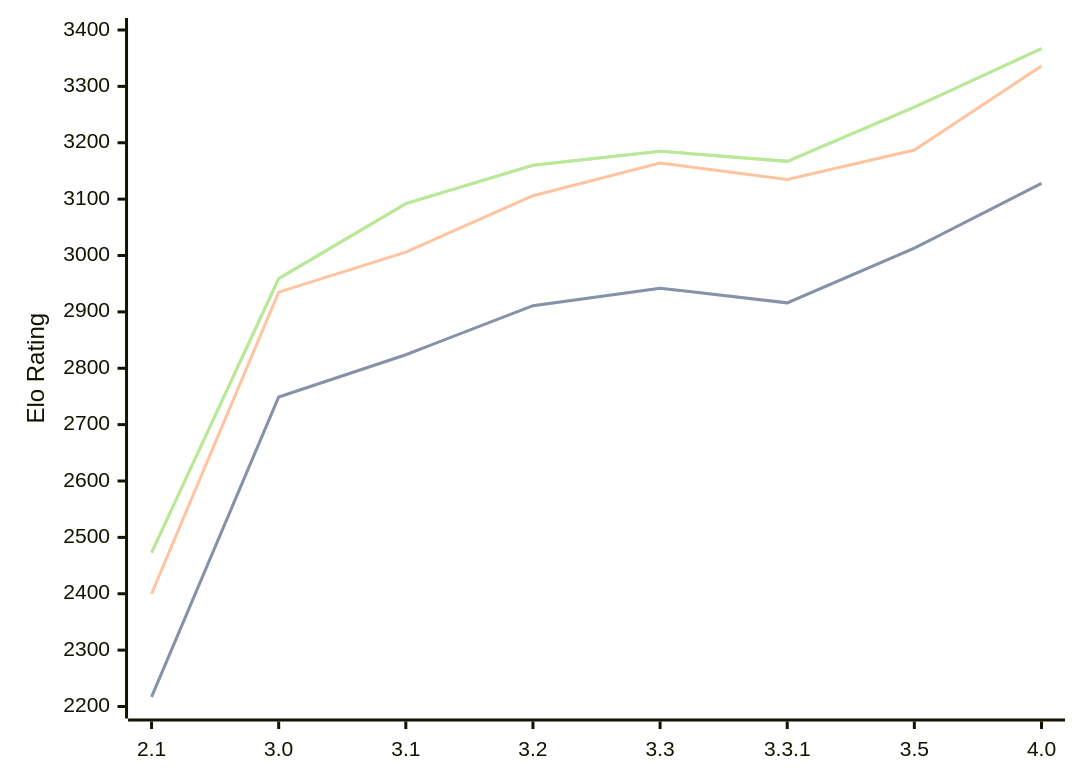
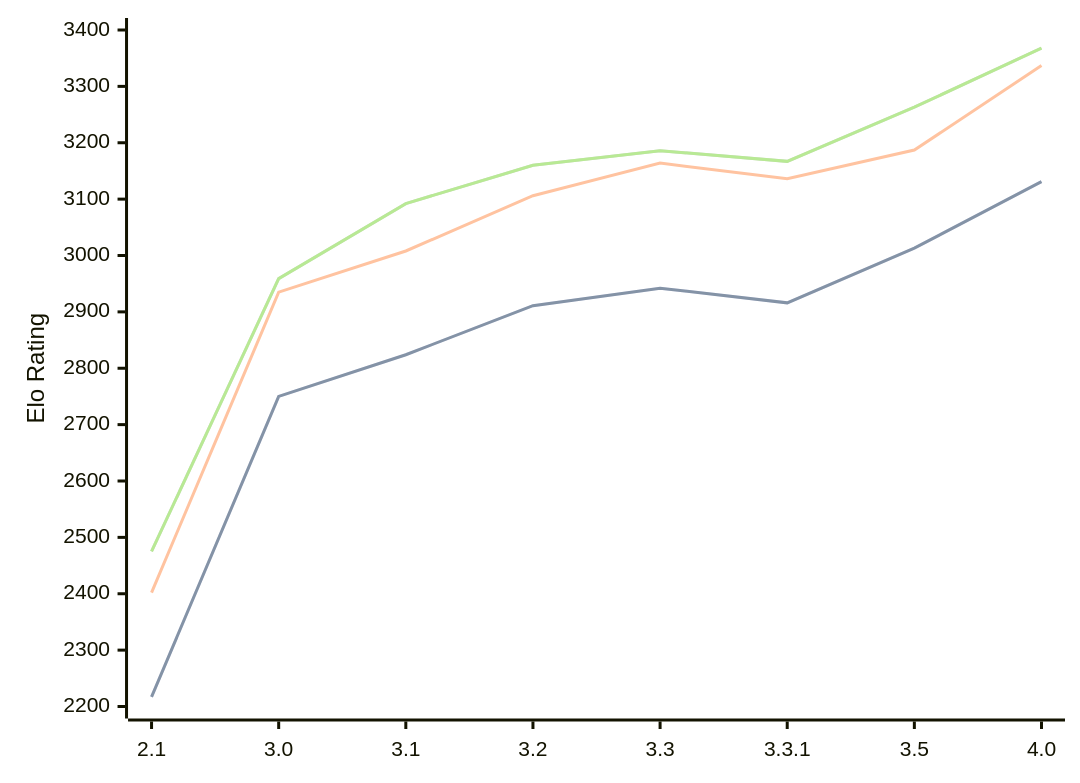
The diagram in engines/Petrel.md (computer-chess-index/cci), drawn with Mermaid before and after one commit. The commit also changed other lines of this file, not shown here.

Commit message:
Update CCI Ratings (ELO VLTC) - 2026-08-20

````diff
--- a/engines/Petrel.md
+++ b/engines/Petrel.md
@@ -38,11 +38,11 @@
 ```mermaid
 %%{init: {"theme":"base","themeVariables":{"seriesColors:['#a3a3a3','#222221','#faa371']}}}%%
 xychart-beta
   x-axis ["2.1", "3.0", "3.1", "3.2", "3.3", "3.3.1", "3.5", "4.0"]
   y-axis "Elo Rating" 2200 --> 3400
-  line "STC (8.0+0.08s)" [2217, 2749, 2824, 2911, 2942, 2916, 3013, 3128]
-  line "STC (8.0+0.08s)" [2217, 2749, 2824, 2911, 2942, 2916, 3013, 3128]
-  line "LTC (60.0+0.60s)" [2400, 2935, 3006, 3106, 3164, 3135, 3187, 3336]
-  line "VLTC (2m24s+1.12s)" [2473, 2959, 3092, 3160, 3185, 3167, 3263, 3367]
-  line "VLTC (2m24s+1.12s)" [2473, 2959, 3092, 3160, 3185, 3167, 3263, 3367]
+  line "STC (8.0+0.08s)" [2217, 2750, 2824, 2911, 2942, 2916, 3013, 3131]
+  line "STC (8.0+0.08s)" [2217, 2750, 2824, 2911, 2942, 2916, 3013, 3131]
+  line "LTC (60.0+0.60s)" [2402, 2935, 3008, 3106, 3164, 3136, 3187, 3337]
+  line "VLTC (2m24s+1.12s)" [2475, 2959, 3092, 3160, 3186, 3167, 3263, 3368]
+  line "VLTC (2m24s+1.12s)" [2475, 2959, 3092, 3160, 3186, 3167, 3263, 3368]
 ```
````
